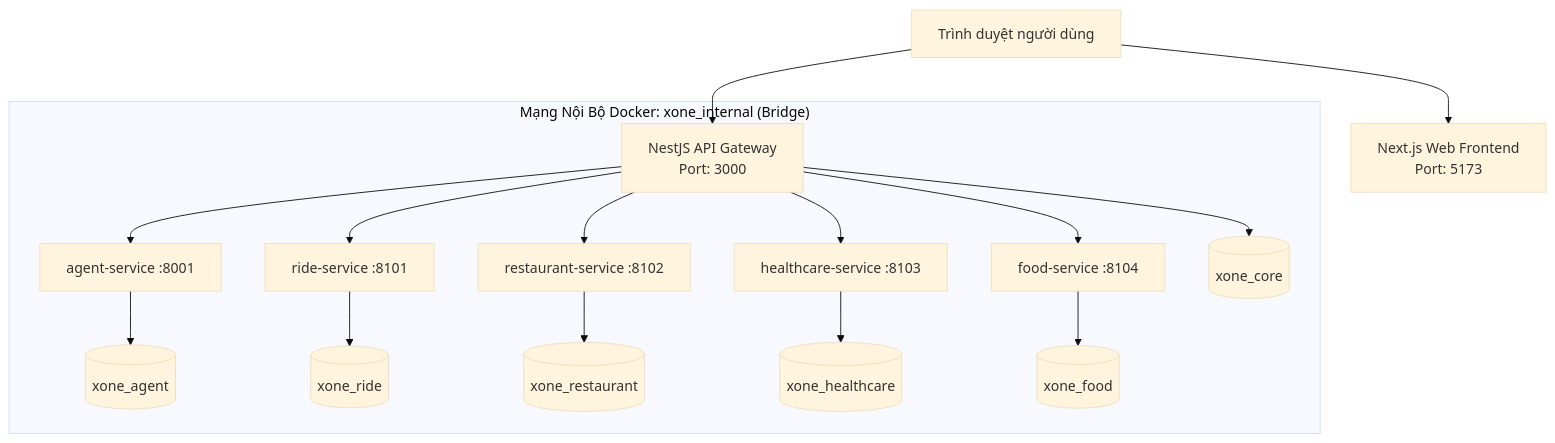
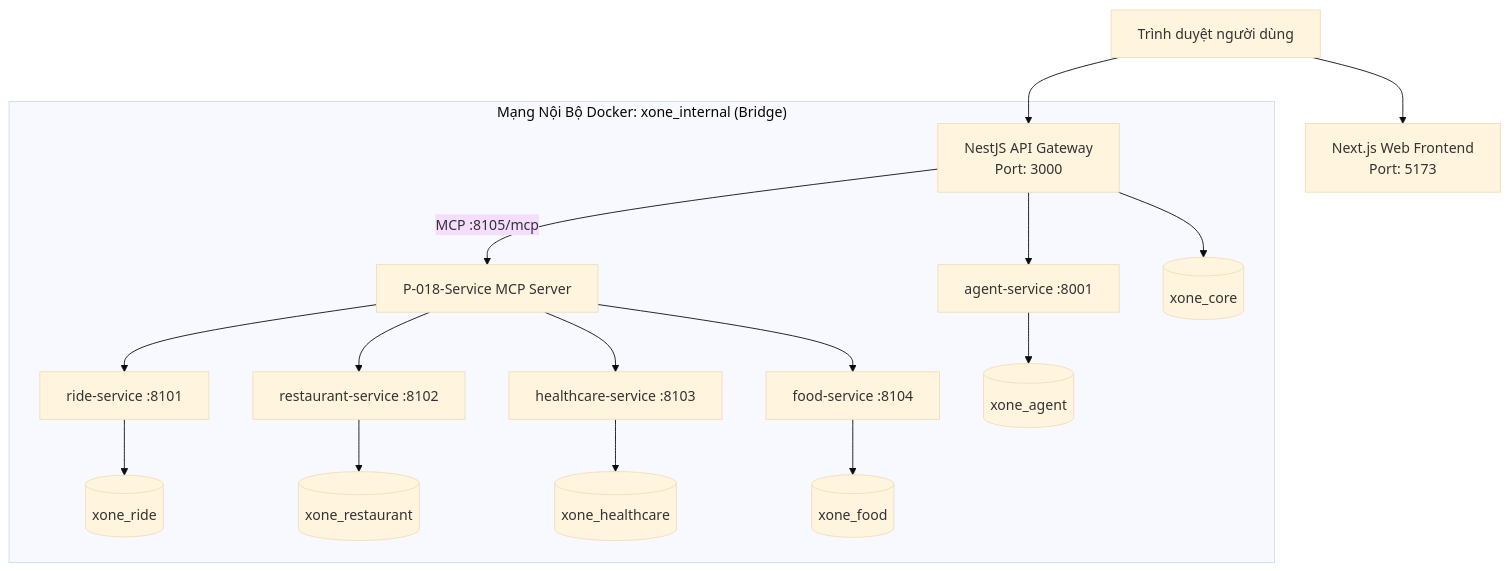
The diagram in docs/02-architecture/runtime-architecture.md (codecuatai/P-018), drawn with Mermaid (base theme) before and after one commit. The commit also changed other lines of this file and 35 other files, not shown here.

Commit message:
feat: decouple service gateway and improve web UX

````diff
--- a/docs/02-architecture/runtime-architecture.md
+++ b/docs/02-architecture/runtime-architecture.md
@@ -9,20 +9,21 @@
 ```mermaid
 flowchart TB
   Browser[Trình duyệt người dùng] --> Web[Next.js Web Frontend\nPort: 5173]
   Browser --> Gateway[NestJS API Gateway\nPort: 3000]
   
   subgraph InternalNetwork["Mạng Nội Bộ Docker: xone_internal (Bridge)"]
     Gateway --> Agent[agent-service :8001]
-    Gateway --> Ride[ride-service :8101]
-    Gateway --> Restaurant[restaurant-service :8102]
-    Gateway --> Healthcare[healthcare-service :8103]
-    Gateway --> Food[food-service :8104]
+    Gateway -->|MCP :8105/mcp| ServiceMCP[P-018-Service MCP Server]
+    ServiceMCP --> Ride[ride-service :8101]
+    ServiceMCP --> Restaurant[restaurant-service :8102]
+    ServiceMCP --> Healthcare[healthcare-service :8103]
+    ServiceMCP --> Food[food-service :8104]
     
     Gateway --> Core[(xone_core)]
     Agent --> AgentDb[(xone_agent)]
     Ride --> RideDb[(xone_ride)]
     Restaurant --> RestaurantDb[(xone_restaurant)]
     Healthcare --> HealthcareDb[(xone_healthcare)]
     Food --> FoodDb[(xone_food)]
   end
 ```
````
